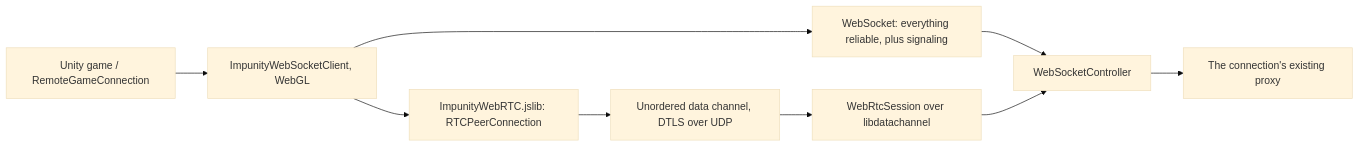
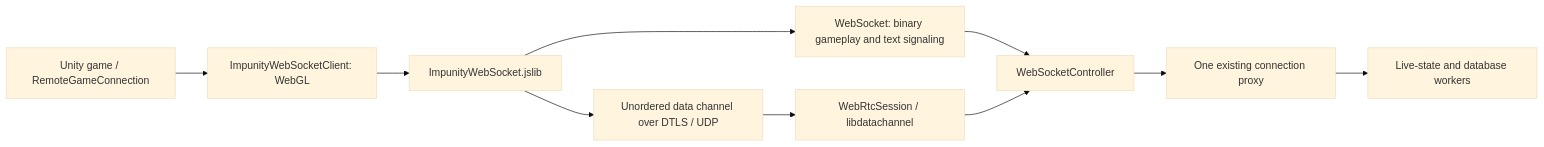
One commit to rejemy/Impunity changed the diagram in docs/designs/WebRtcTransport.md. Above: the diagram before and after it, drawn with Mermaid (base theme). The commit also changed other lines of this file and 1 other file, not shown here.

````diff
--- a/docs/designs/WebRtcTransport.md
+++ b/docs/designs/WebRtcTransport.md
@@ -71,11 +81,12 @@
 ```mermaid
 flowchart LR
-    G[Unity game / RemoteGameConnection] --> C[ImpunityWebSocketClient, WebGL]
-    C --> W[WebSocket: everything reliable, plus signaling]
-    C --> J[ImpunityWebRTC.jslib: RTCPeerConnection]
-    J --> D[Unordered data channel, DTLS over UDP]
+    G[Unity game / RemoteGameConnection] --> C[ImpunityWebSocketClient: WebGL]
+    C --> J[ImpunityWebSocket.jslib]
+    J --> W[WebSocket: binary gameplay and text signaling]
+    J --> D[Unordered data channel over DTLS / UDP]
     W --> S[WebSocketController]
-    D --> N[WebRtcSession over libdatachannel]
+    D --> N[WebRtcSession / libdatachannel]
     N --> S
-    S --> P[The connection's existing proxy]
+    S --> P[One existing connection proxy]
+    P --> L[Live-state and database workers]
 ```
````
